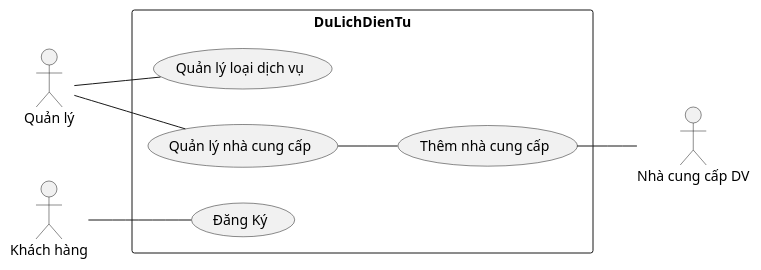
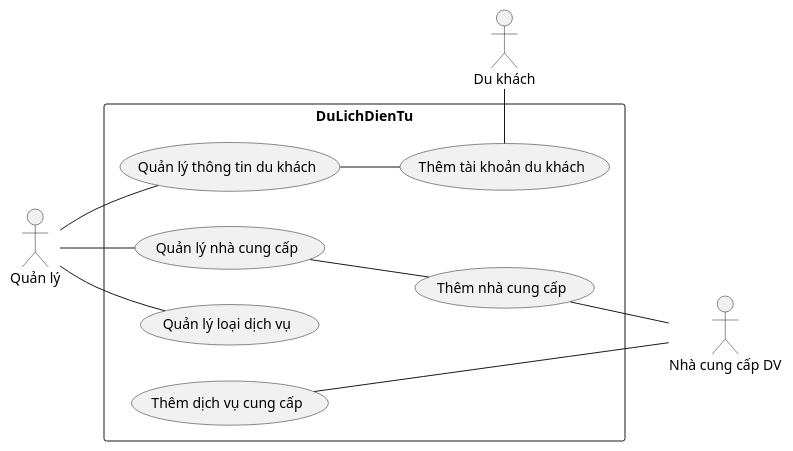
The diagram in PlanUML/UC_TongQuan.puml (TranTan-Dat/LV_DuLichDienTu), drawn with PlantUML before and after one commit. The commit also changed 1 other file, not shown here.

```diff
--- a/PlanUML/UC_TongQuan.puml
+++ b/PlanUML/UC_TongQuan.puml
@@ -1,19 +1,26 @@
 @startuml Hệ Thống Sàn điện tử
 left to right direction
 actor "Nhà cung cấp DV" as NCC
 actor "Quản lý" as QL
-actor "Khách hàng" as KH 
+actor "Du khách" as DK
 
-rectangle DuLichDienTu {
-    
+rectangle DuLichDienTu {    
   usecase "Quản lý loại dịch vụ" as LDV
   usecase "Quản lý nhà cung cấp" as QLNCC
   usecase "Thêm nhà cung cấp" as Themncc
-  usecase "Đăng Ký" as DangKy
+  usecase "Quản lý thông tin du khách" as QLDK  
+  usecase "Thêm tài khoản du khách" as ThemTKDK
+  usecase "Thêm dịch vụ cung cấp" as DVCC
 }
 QL -- LDV
 QL -- QLNCC
-KH -- DangKy
+QL -- QLDK
 Themncc -- NCC
+NCC - DVCC
 QLNCC -- Themncc
+DK - ThemTKDK
+
+
+
+QLDK -- ThemTKDK
 @enduml
```
